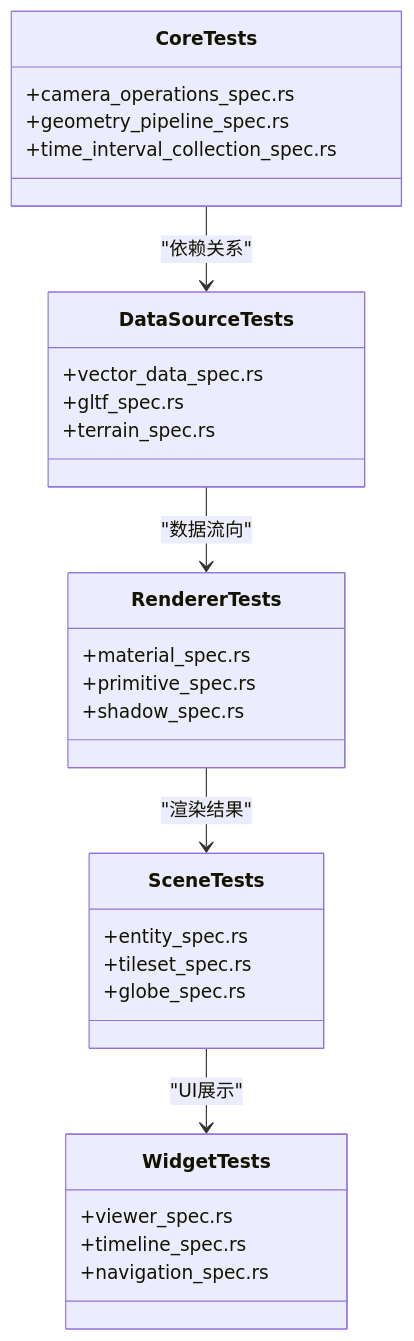
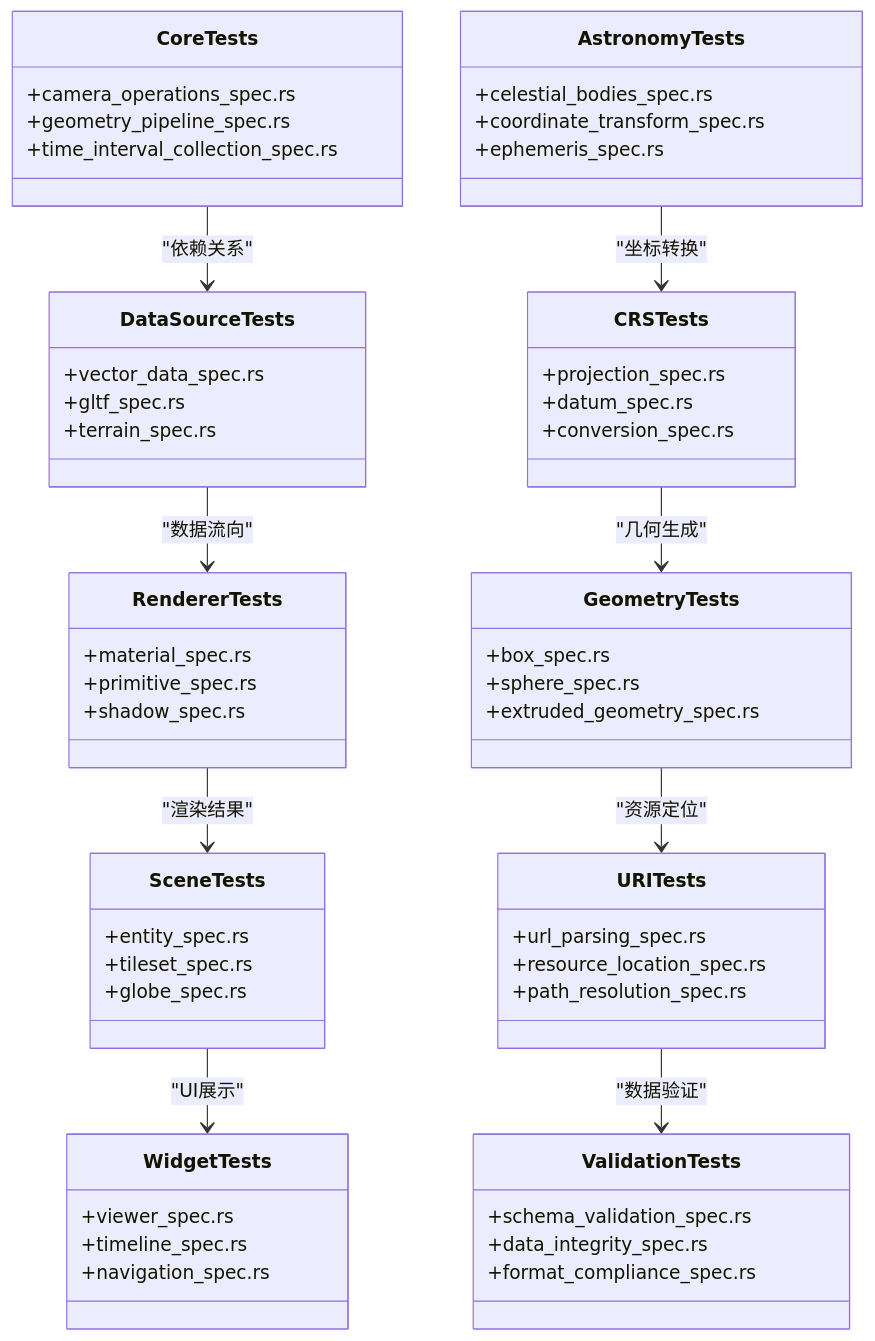
The fourth of 7 diagrams in .qoder/repowiki/zh/content/测试与调试/测试与调试.md (rzhangjing/cesium), drawn with Mermaid before and after one commit. The commit also changed other lines of this file and 90 other files, not shown here.

````diff
--- a/.qoder/repowiki/zh/content/测试与调试/测试与调试.md
+++ b/.qoder/repowiki/zh/content/测试与调试/测试与调试.md
@@ -257,32 +266,61 @@
 ```mermaid
 classDiagram
 class CoreTests {
 +camera_operations_spec.rs
 +geometry_pipeline_spec.rs
 +time_interval_collection_spec.rs
 }
 class DataSourceTests {
 +vector_data_spec.rs
 +gltf_spec.rs
 +terrain_spec.rs
 }
 class RendererTests {
 +material_spec.rs
 +primitive_spec.rs
 +shadow_spec.rs
 }
 class SceneTests {
 +entity_spec.rs
 +tileset_spec.rs
 +globe_spec.rs
 }
 class WidgetTests {
 +viewer_spec.rs
 +timeline_spec.rs
 +navigation_spec.rs
 }
+class AstronomyTests {
++celestial_bodies_spec.rs
++coordinate_transform_spec.rs
++ephemeris_spec.rs
+}
+class CRSTests {
++projection_spec.rs
++datum_spec.rs
++conversion_spec.rs
+}
+class GeometryTests {
++box_spec.rs
++sphere_spec.rs
++extruded_geometry_spec.rs
+}
+class URITests {
++url_parsing_spec.rs
++resource_location_spec.rs
++path_resolution_spec.rs
+}
+class ValidationTests {
++schema_validation_spec.rs
++data_integrity_spec.rs
++format_compliance_spec.rs
+}
 CoreTests --> DataSourceTests : "依赖关系"
 DataSourceTests --> RendererTests : "数据流向"
 RendererTests --> SceneTests : "渲染结果"
 SceneTests --> WidgetTests : "UI展示"
+AstronomyTests --> CRSTests : "坐标转换"
+CRSTests --> GeometryTests : "几何生成"
+GeometryTests --> URITests : "资源定位"
+URITests --> ValidationTests : "数据验证"
 ```
````
